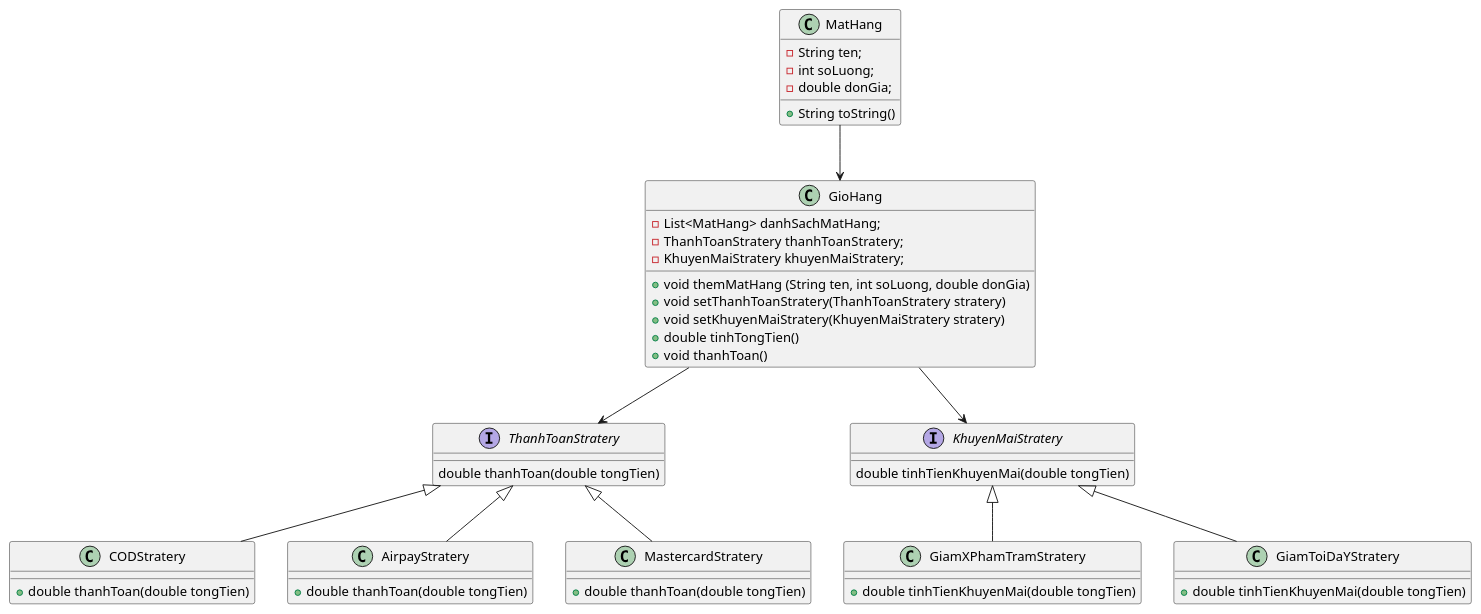
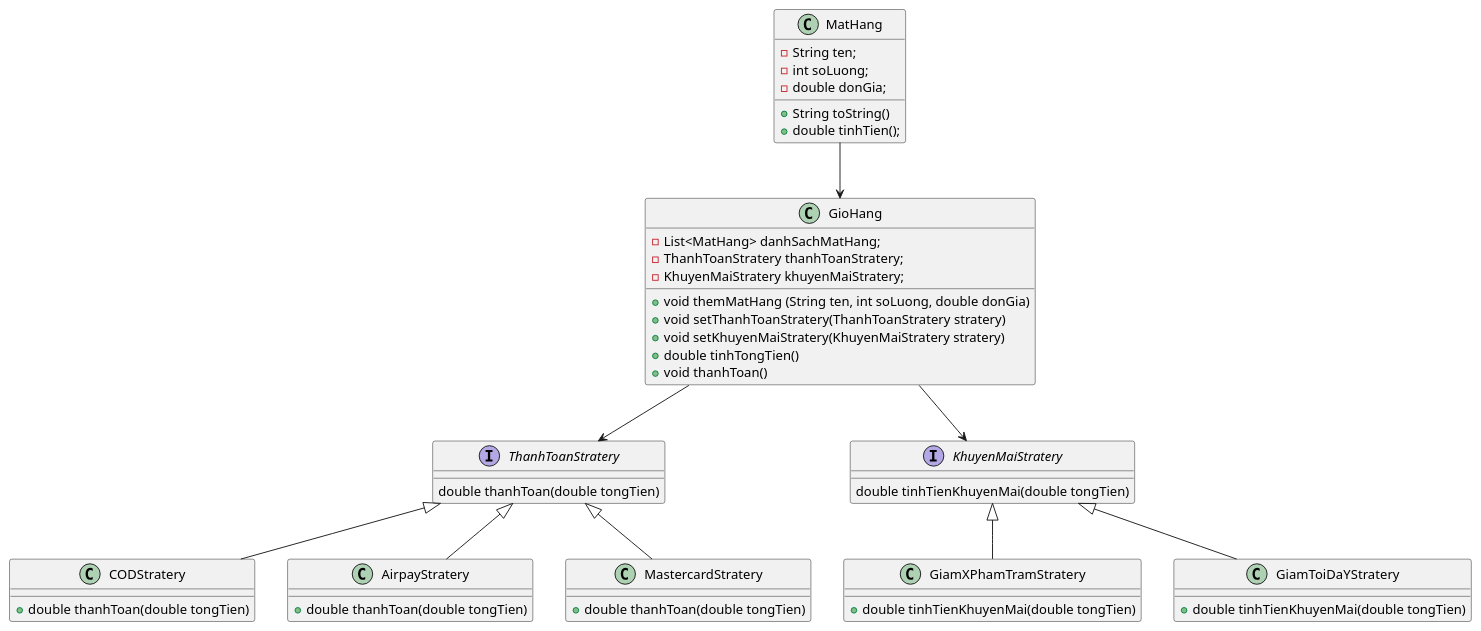
One commit to datx24/64130299_KienTrucVaThietKePhanMem changed the diagram in VD1_64130299/src/behavioral/stratery/btCC3/btCC3_UngDungMuaHang.puml. Above: the diagram before and after it, drawn with PlantUML. The commit also changed 2 other files, not shown here.

```diff
--- a/VD1_64130299/src/behavioral/stratery/btCC3/btCC3_UngDungMuaHang.puml
+++ b/VD1_64130299/src/behavioral/stratery/btCC3/btCC3_UngDungMuaHang.puml
@@ -1,57 +1,58 @@
 @startuml
 'https://plantuml.com/class-diagram
 class MatHang {
     - String ten;
     - int soLuong;
     - double donGia;
     + String toString()
+    + double tinhTien();
 }
 
 class GioHang {
     - List<MatHang> danhSachMatHang;
     - ThanhToanStratery thanhToanStratery;
     - KhuyenMaiStratery khuyenMaiStratery;
     + void themMatHang (String ten, int soLuong, double donGia)
     + void setThanhToanStratery(ThanhToanStratery stratery)
     + void setKhuyenMaiStratery(KhuyenMaiStratery stratery)
     + double tinhTongTien()
     + void thanhToan()
 }
 
 interface  ThanhToanStratery{
     double thanhToan(double tongTien)
 }
 
 class CODStratery {
     + double thanhToan(double tongTien)
 }
 
 class AirpayStratery {
     + double thanhToan(double tongTien)
 }
 
 class MastercardStratery {
     + double thanhToan(double tongTien)
 }
 
 interface KhuyenMaiStratery {
     double tinhTienKhuyenMai(double tongTien)
 }
 
 class GiamXPhamTramStratery {
     + double tinhTienKhuyenMai(double tongTien)
 }
 
 class GiamToiDaYStratery {
     + double tinhTienKhuyenMai(double tongTien)
 }
 
 MatHang --> GioHang
 ThanhToanStratery <|-- CODStratery
 ThanhToanStratery <|-- AirpayStratery
 ThanhToanStratery <|-- MastercardStratery
 GioHang --> ThanhToanStratery
 KhuyenMaiStratery <|-- GiamXPhamTramStratery
 KhuyenMaiStratery <|-- GiamToiDaYStratery
 GioHang --> KhuyenMaiStratery
 @enduml
```
